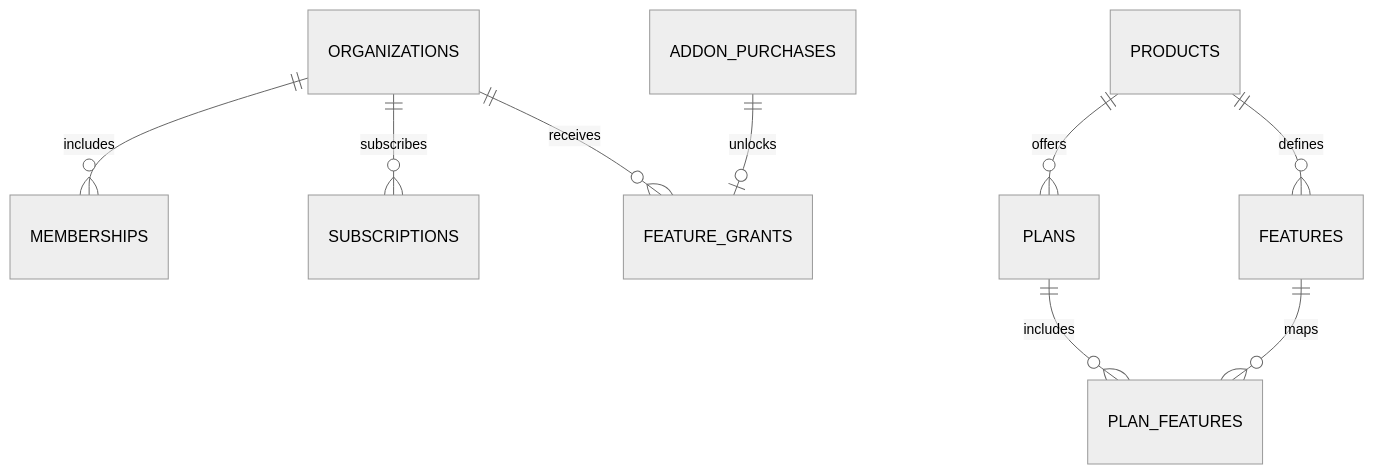
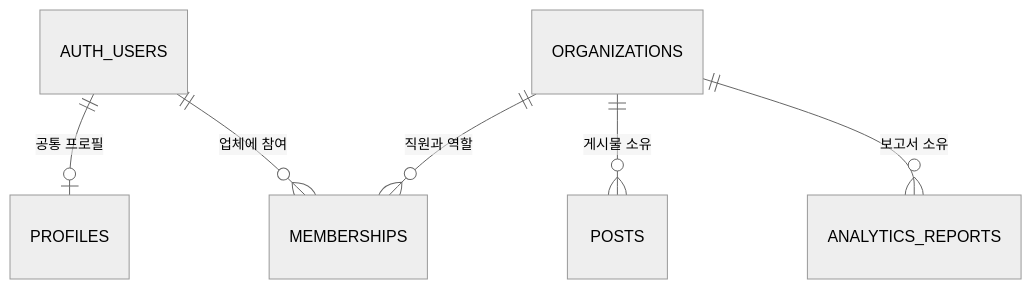
The second of 4 diagrams in README.md (DevOps0906/nomad-supabase-module), drawn with Mermaid (neutral theme) before and after one commit. The commit also changed other lines of this file, not shown here.

````diff
--- a/README.md
+++ b/README.md
@@ -28,11 +45,8 @@
 ```mermaid
 erDiagram
-    ORGANIZATIONS ||--o{ MEMBERSHIPS : includes
-    ORGANIZATIONS ||--o{ SUBSCRIPTIONS : subscribes
-    ORGANIZATIONS ||--o{ FEATURE_GRANTS : receives
-    PRODUCTS ||--o{ PLANS : offers
-    PRODUCTS ||--o{ FEATURES : defines
-    PLANS ||--o{ PLAN_FEATURES : includes
-    FEATURES ||--o{ PLAN_FEATURES : maps
-    ADDON_PURCHASES ||--o| FEATURE_GRANTS : unlocks
+    AUTH_USERS ||--o| PROFILES : "공통 프로필"
+    AUTH_USERS ||--o{ MEMBERSHIPS : "업체에 참여"
+    ORGANIZATIONS ||--o{ MEMBERSHIPS : "직원과 역할"
+    ORGANIZATIONS ||--o{ POSTS : "게시물 소유"
+    ORGANIZATIONS ||--o{ ANALYTICS_REPORTS : "보고서 소유"
 ```
````
